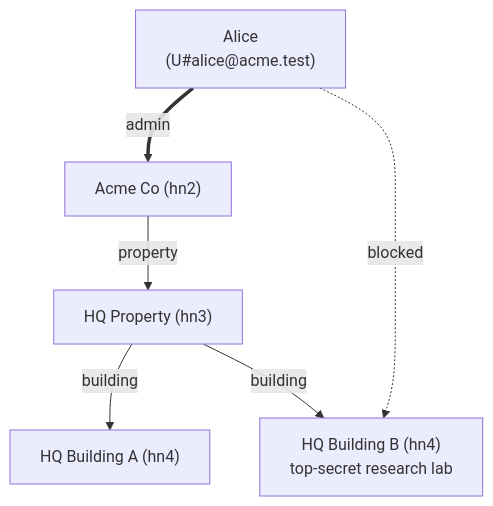
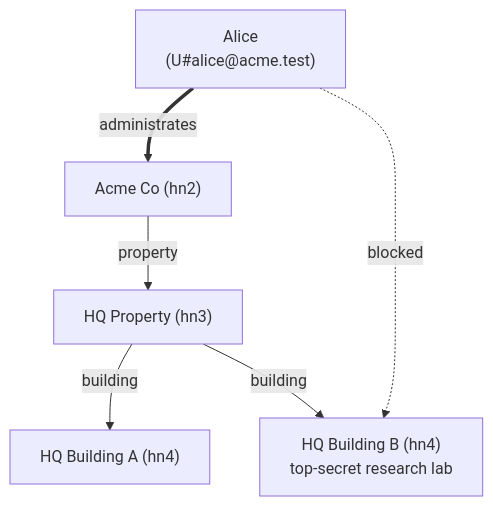
One commit to surt666/ems_rust changed the second of 4 diagrams in docs/hierarchy-and-sensors.md. Above: the diagram before and after it, drawn with Mermaid. The commit also changed other lines of this file and 1 other file, not shown here.

First line of the commit message:
docs: spell out grant edge sk pattern (administrates|writes|reads)

````diff
--- a/docs/hierarchy-and-sensors.md
+++ b/docs/hierarchy-and-sensors.md
@@ -150,9 +150,9 @@
 ```mermaid
 graph TD
   C["Acme Co (hn2)"] -->|property| HQ["HQ Property (hn3)"]
   HQ -->|building| HBA["HQ Building A (hn4)"]
   HQ -->|building| HBB["HQ Building B (hn4)<br/>top-secret research lab"]
 
-  Alice["Alice<br/>(U#alice@acme.test)"] ==>|admin| C
+  Alice["Alice<br/>(U#alice@acme.test)"] ==>|administrates| C
   Alice -.->|blocked| HBB
 ```
````
